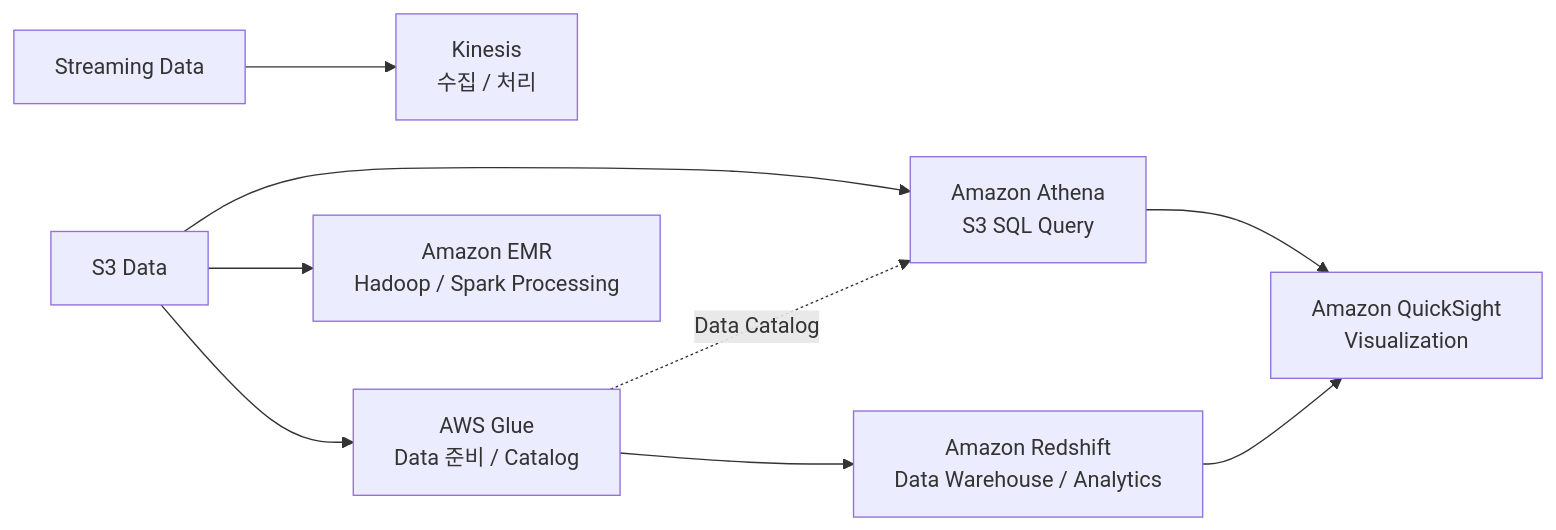
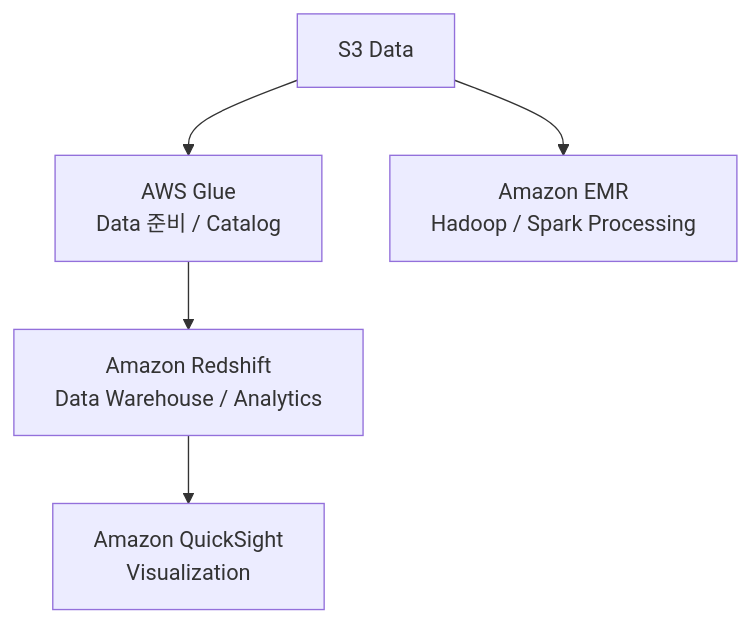
Before and after one commit to noir1458/noir1458.github.io: diagram 22 of 35 in content/posts/02.Security/aws/aws-ccp-study-2/index.md, drawn with Mermaid. The commit also changed other lines of this file and 14 other files, not shown here.

Commit message:
feat: improve diagram readability and CV print control

````diff
--- a/content/posts/02.Security/aws/aws-ccp-study-2/index.md
+++ b/content/posts/02.Security/aws/aws-ccp-study-2/index.md
@@ -1567,11 +1576,7 @@
 ```mermaid
-flowchart LR
-    SD[Streaming Data] --> K[Kinesis<br/>수집 / 처리]
+flowchart TD
     S3[S3 Data] --> G[AWS Glue<br/>Data 준비 / Catalog]
-    S3 --> A[Amazon Athena<br/>S3 SQL Query]
     S3 --> E[Amazon EMR<br/>Hadoop / Spark Processing]
-    G -.Data Catalog.-> A
     G --> R[Amazon Redshift<br/>Data Warehouse / Analytics]
-    A --> Q[Amazon QuickSight<br/>Visualization]
-    R --> Q
+    R --> Q[Amazon QuickSight<br/>Visualization]
 ```
````
